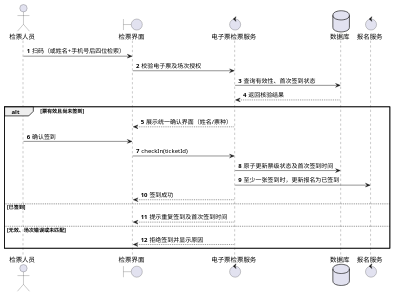
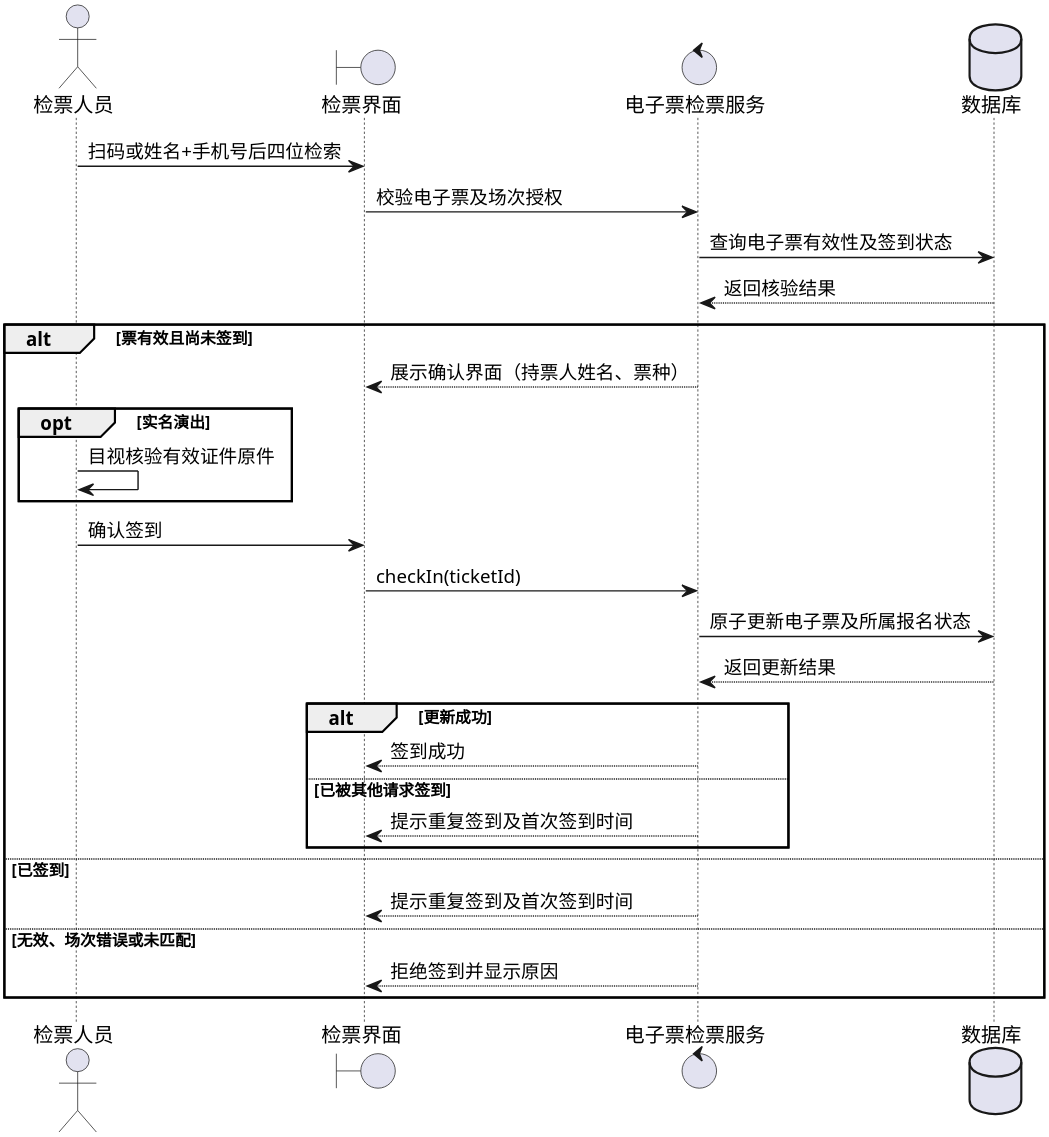
The diagram in UML/UML时序图_电子票检票.puml (12245a/software-engineering-labs), drawn with PlantUML before and after one commit. The commit also changed 15 other files, not shown here.

Commit message:
实验二：人工修改 UML 图并导出 PNG

```diff
--- a/UML/UML时序图_电子票检票.puml
+++ b/UML/UML时序图_电子票检票.puml
@@ -1,28 +1,39 @@
 @startuml
-autonumber
-skinparam shadowing false
+skinparam dpi 300
+
 actor "检票人员" as Checker
 boundary "检票界面" as UI
 control "电子票检票服务" as Ticket
 database "数据库" as DB
-control "报名服务" as Reg
 
-Checker -> UI : 扫码（或姓名+手机号后四位检索）
+Checker -> UI : 扫码或姓名+手机号后四位检索
 UI -> Ticket : 校验电子票及场次授权
-Ticket -> DB : 查询有效性、首次签到状态
+Ticket -> DB : 查询电子票有效性及签到状态
 DB --> Ticket : 返回核验结果
 
 alt 票有效且尚未签到
-  Ticket --> UI : 展示统一确认界面（姓名/票种）
+  Ticket --> UI : 展示确认界面（持票人姓名、票种）
+
+  opt 实名演出
+    Checker -> Checker : 目视核验有效证件原件
+  end
+
   Checker -> UI : 确认签到
   UI -> Ticket : checkIn(ticketId)
-  Ticket -> DB : 原子更新票级状态及首次签到时间
-  Ticket -> Reg : 至少一张签到时，更新报名为已签到
-  Ticket --> UI : 签到成功
+  Ticket -> DB : 原子更新电子票及所属报名状态
+  DB --> Ticket : 返回更新结果
+
+  alt 更新成功
+    Ticket --> UI : 签到成功
+  else 已被其他请求签到
+    Ticket --> UI : 提示重复签到及首次签到时间
+  end
+
 else 已签到
   Ticket --> UI : 提示重复签到及首次签到时间
+
 else 无效、场次错误或未匹配
   Ticket --> UI : 拒绝签到并显示原因
 end
 
 @enduml
```
